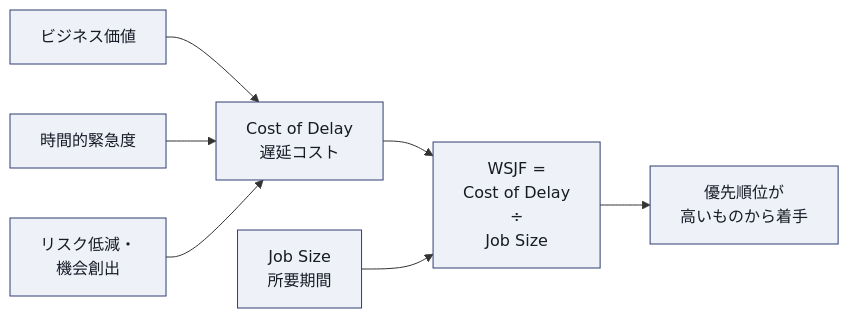
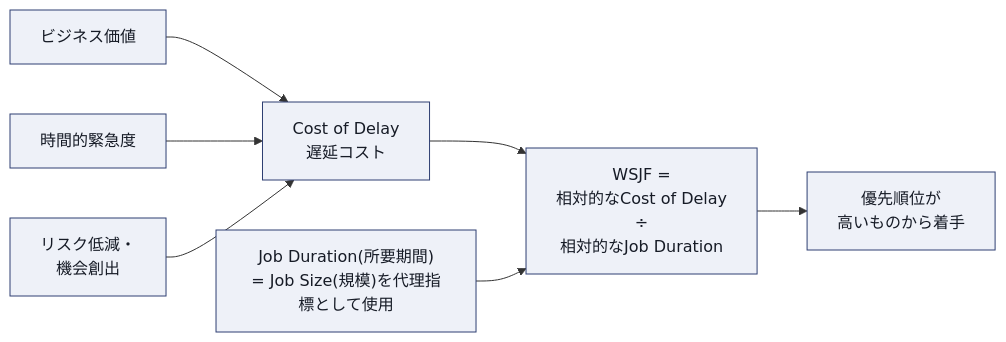
Diagram 13 of 17 in A-cspo-advanced-certified-scrum-product-owner-study-guide.md (myoshi2891/Management-Team-Building-Studies), drawn with Mermaid before and after one commit. The commit also changed other lines of this file, not shown here.

````diff
--- a/A-cspo-advanced-certified-scrum-product-owner-study-guide.md
+++ b/A-cspo-advanced-certified-scrum-product-owner-study-guide.md
@@ -723,12 +723,12 @@
 ```mermaid
 flowchart LR
     BV["ビジネス価値"] --> CoD["Cost of Delay<br/>遅延コスト"]
     TC["時間的緊急度"] --> CoD
     RR["リスク低減・<br/>機会創出"] --> CoD
-    CoD --> WSJF["WSJF =<br/>Cost of Delay<br/>÷<br/>Job Size"]
-    JS["Job Size<br/>所要期間"] --> WSJF
+    CoD --> WSJF["WSJF =<br/>相対的なCost of Delay<br/>÷<br/>相対的なJob Duration"]
+    JS["Job Duration(所要期間)<br/>= Job Size(規模)を代理指標として使用"] --> WSJF
     WSJF --> Order["優先順位が<br/>高いものから着手"]
 
     classDef box fill:#EEF1F8,stroke:#2E3F72,color:#161B26
     class BV,TC,RR,CoD,JS,WSJF,Order box
 ```
````
